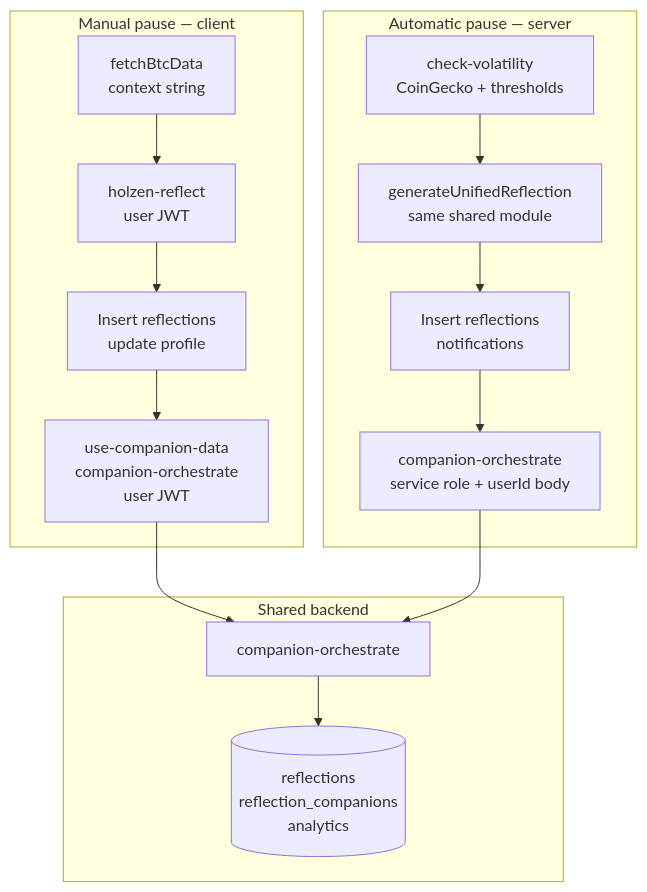
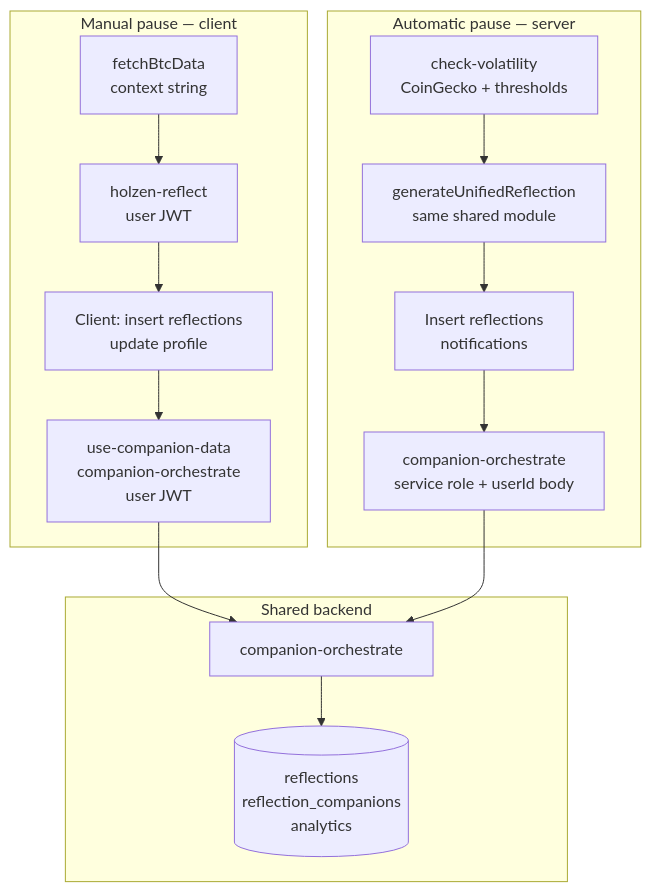
One commit to Angelguirao/holzen changed the second of 5 diagrams in docs/ai-powered-pause-system.md. Above: the diagram before and after it, drawn with Mermaid. The commit also changed other lines of this file, not shown here.

````diff
--- a/docs/ai-powered-pause-system.md
+++ b/docs/ai-powered-pause-system.md
@@ -86,24 +187,24 @@
 ```mermaid
 flowchart TB
   subgraph MANUAL [Manual pause — client]
     BTC[fetchBtcData\ncontext string]
     HR[holzen-reflect\nuser JWT]
-    INS[Insert reflections\nupdate profile]
+    INS[Client: insert reflections\nupdate profile]
     UCD[use-companion-data\ncompanion-orchestrate\nuser JWT]
     BTC --> HR --> INS --> UCD
   end
   subgraph AUTO [Automatic pause — server]
     CV[check-volatility\nCoinGecko + thresholds]
     GUR[generateUnifiedReflection\nsame shared module]
     INS2[Insert reflections\nnotifications]
     COS[companion-orchestrate\nservice role + userId body]
     CV --> GUR --> INS2 --> COS
   end
   subgraph SHARED [Shared backend]
     ORCH[companion-orchestrate]
     ROW[(reflections\nreflection_companions\nanalytics)]
   end
   UCD --> ORCH
   COS --> ORCH
   ORCH --> ROW
 ```
````
